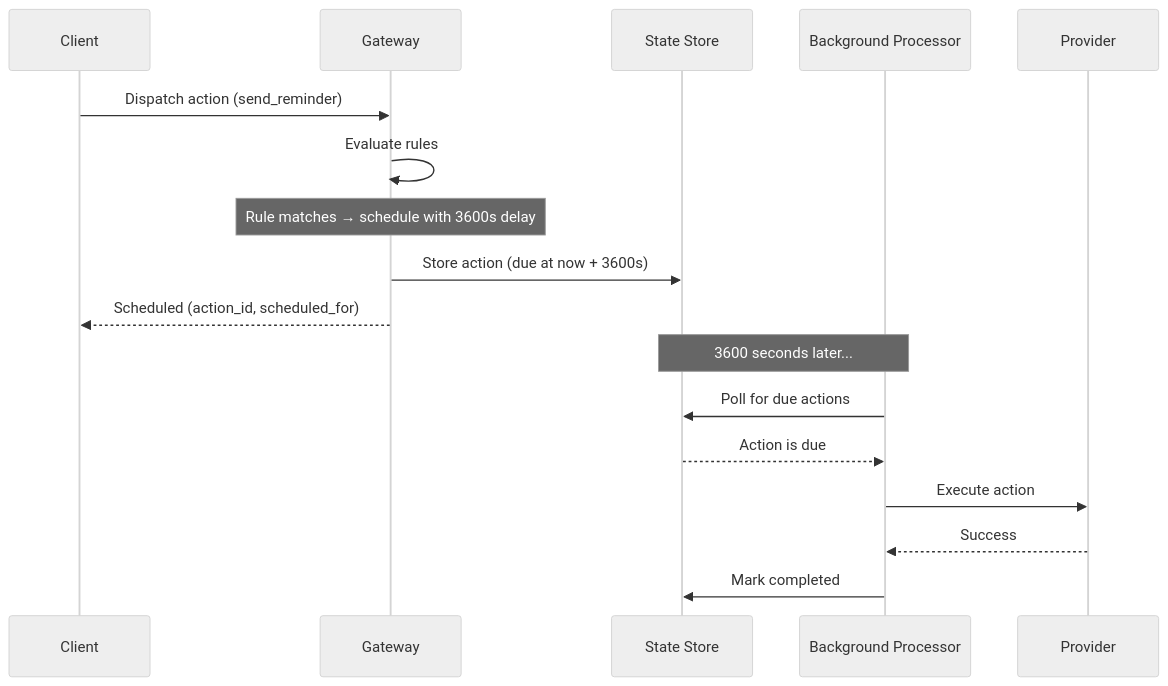
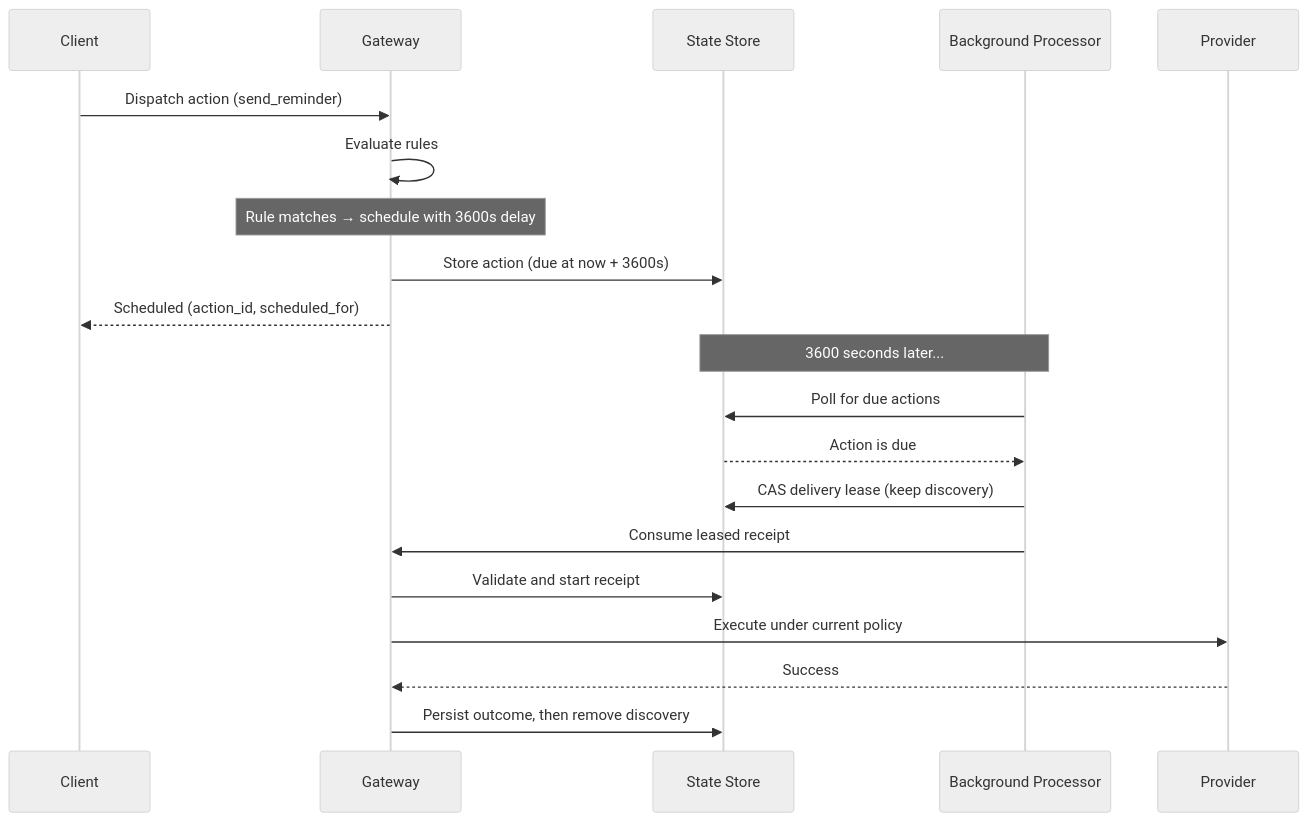
The diagram in docs/book/features/scheduled-actions.md (penserai/acteon), drawn with Mermaid (neutral theme) before and after one commit. The commit also changed other lines of this file and 36 other files, not shown here.

````diff
--- a/docs/book/features/scheduled-actions.md
+++ b/docs/book/features/scheduled-actions.md
@@ -11,21 +11,24 @@
 ```mermaid
 sequenceDiagram
     participant C as Client
     participant G as Gateway
     participant S as State Store
     participant BG as Background Processor
     participant P as Provider
 
     C->>G: Dispatch action (send_reminder)
     G->>G: Evaluate rules
     Note over G: Rule matches → schedule with 3600s delay
     G->>S: Store action (due at now + 3600s)
     G-->>C: Scheduled (action_id, scheduled_for)
 
     Note over BG,S: 3600 seconds later...
     BG->>S: Poll for due actions
     S-->>BG: Action is due
-    BG->>P: Execute action
-    P-->>BG: Success
-    BG->>S: Mark completed
+    BG->>S: CAS delivery lease (keep discovery)
+    BG->>G: Consume leased receipt
+    G->>S: Validate and start receipt
+    G->>P: Execute under current policy
+    P-->>G: Success
+    G->>S: Persist outcome, then remove discovery
 ```
````
